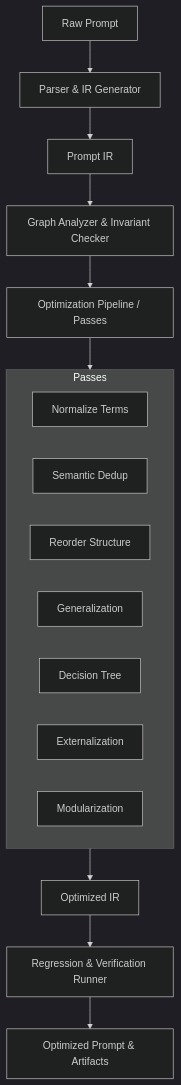
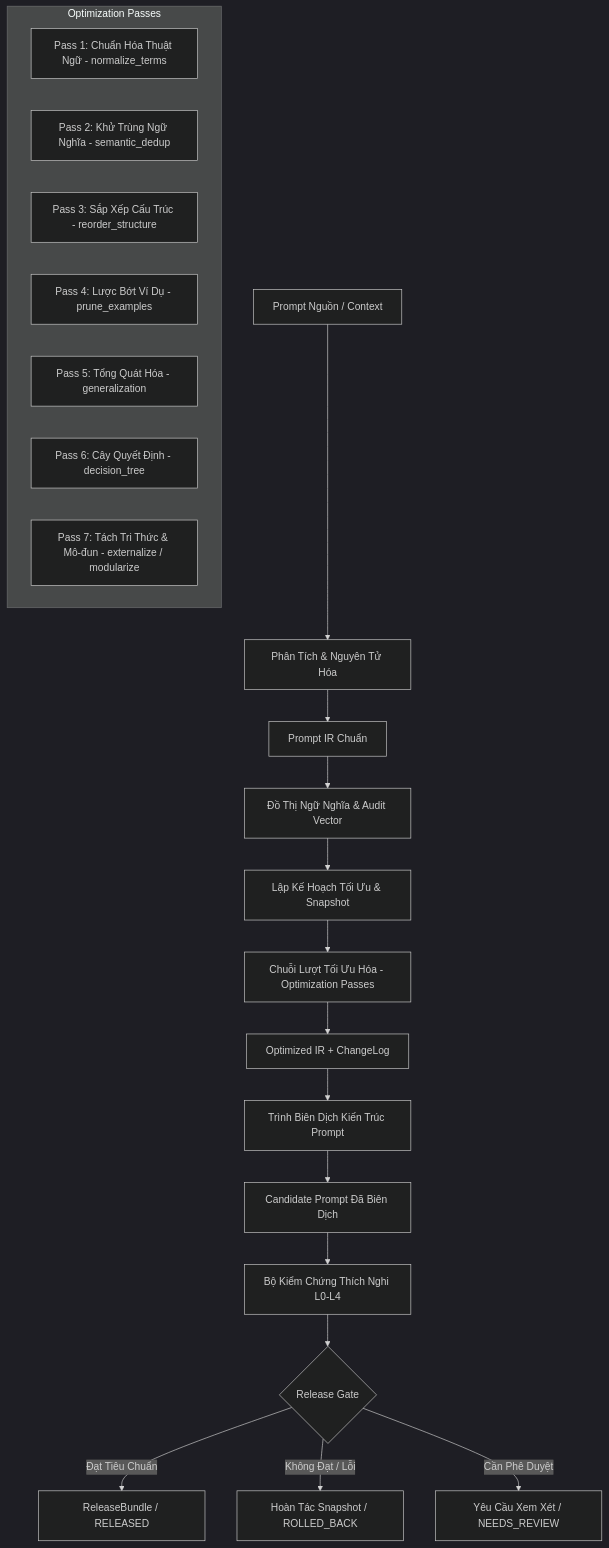
One commit to datnguyentrung/read_md changed the diagram in .agents/skills/prompt-compiler-optimizer/SKILL.md. Above: the diagram before and after it, drawn with Mermaid (dark theme). The commit also changed other lines of this file and 25 other files, not shown here.

Commit message:
feat: add prompt compiler optimizer agent skill with Rust optimization passes and schemas

````diff
--- a/.agents/skills/prompt-compiler-optimizer/SKILL.md
+++ b/.agents/skills/prompt-compiler-optimizer/SKILL.md
@@ -12,20 +23,25 @@
 ```mermaid
 graph TD
-    Raw[Raw Prompt] --> Parse[Parser & IR Generator]
-    Parse --> IR[Prompt IR]
-    IR --> Analyze[Graph Analyzer & Invariant Checker]
-    Analyze --> Opt[Optimization Pipeline / Passes]
-    subgraph Passes
-        P1[Normalize Terms]
-        P2[Semantic Dedup]
-        P3[Reorder Structure]
-        P4[Generalization]
-        P5[Decision Tree]
-        P6[Externalization]
-        P7[Modularization]
+    Raw[Prompt Nguồn / Context] --> Parse[Phân Tích & Nguyên Tử Hóa]
+    Parse --> IR[Prompt IR Chuẩn]
+    IR --> Graph[Đồ Thị Ngữ Nghĩa & Audit Vector]
+    Graph --> Plan[Lập Kế Hoạch Tối Ưu & Snapshot]
+    Plan --> Passes[Chuỗi Lượt Tối Ưu Hóa - Optimization Passes]
+    subgraph Optimization Passes
+        P1[Pass 1: Chuẩn Hóa Thuật Ngữ - normalize_terms]
+        P2[Pass 2: Khử Trùng Ngữ Nghĩa - semantic_dedup]
+        P3[Pass 3: Sắp Xếp Cấu Trúc - reorder_structure]
+        P4[Pass 4: Lược Bớt Ví Dụ - prune_examples]
+        P5[Pass 5: Tổng Quát Hóa - generalization]
+        P6[Pass 6: Cây Quyết Định - decision_tree]
+        P7[Pass 7: Tách Tri Thức & Mô-đun - externalize / modularize]
     end
-    Opt --> Passes
-    Passes --> NewIR[Optimized IR]
-    NewIR --> Verify[Regression & Verification Runner]
-    Verify --> Out[Optimized Prompt & Artifacts]
+    Passes --> OptIR[Optimized IR + ChangeLog]
+    OptIR --> Compiler[Trình Biên Dịch Kiến Trúc Prompt]
+    Compiler --> Candidate[Candidate Prompt Đã Biên Dịch]
+    Candidate --> Verifier[Bộ Kiểm Chứng Thích Nghi L0-L4]
+    Verifier --> Gate{Release Gate}
+    Gate -- Đạt Tiêu Chuẩn --> Release[ReleaseBundle / RELEASED]
+    Gate -- Không Đạt / Lỗi --> Rollback[Hoàn Tác Snapshot / ROLLED_BACK]
+    Gate -- Cần Phê Duyệt --> Review[Yêu Cầu Xem Xét / NEEDS_REVIEW]
 ```
````
